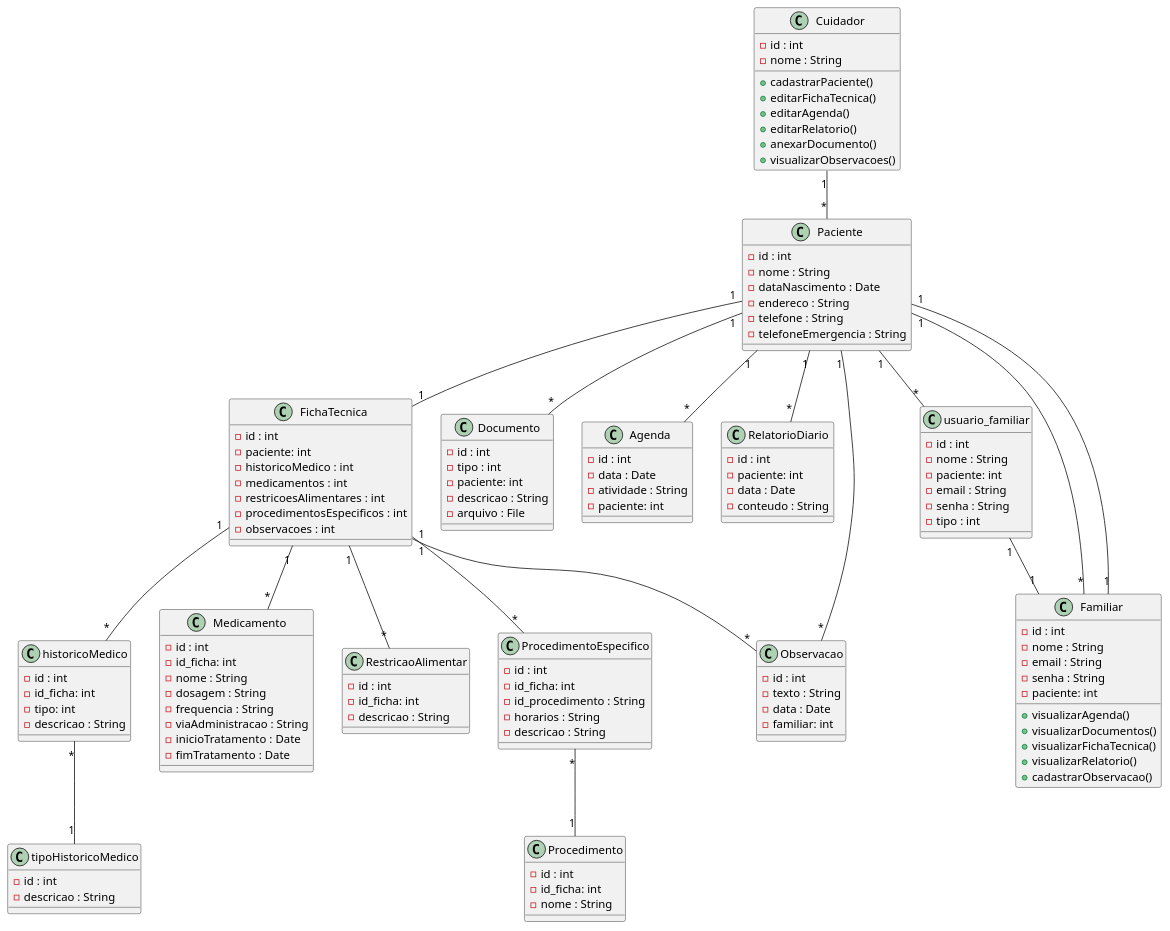
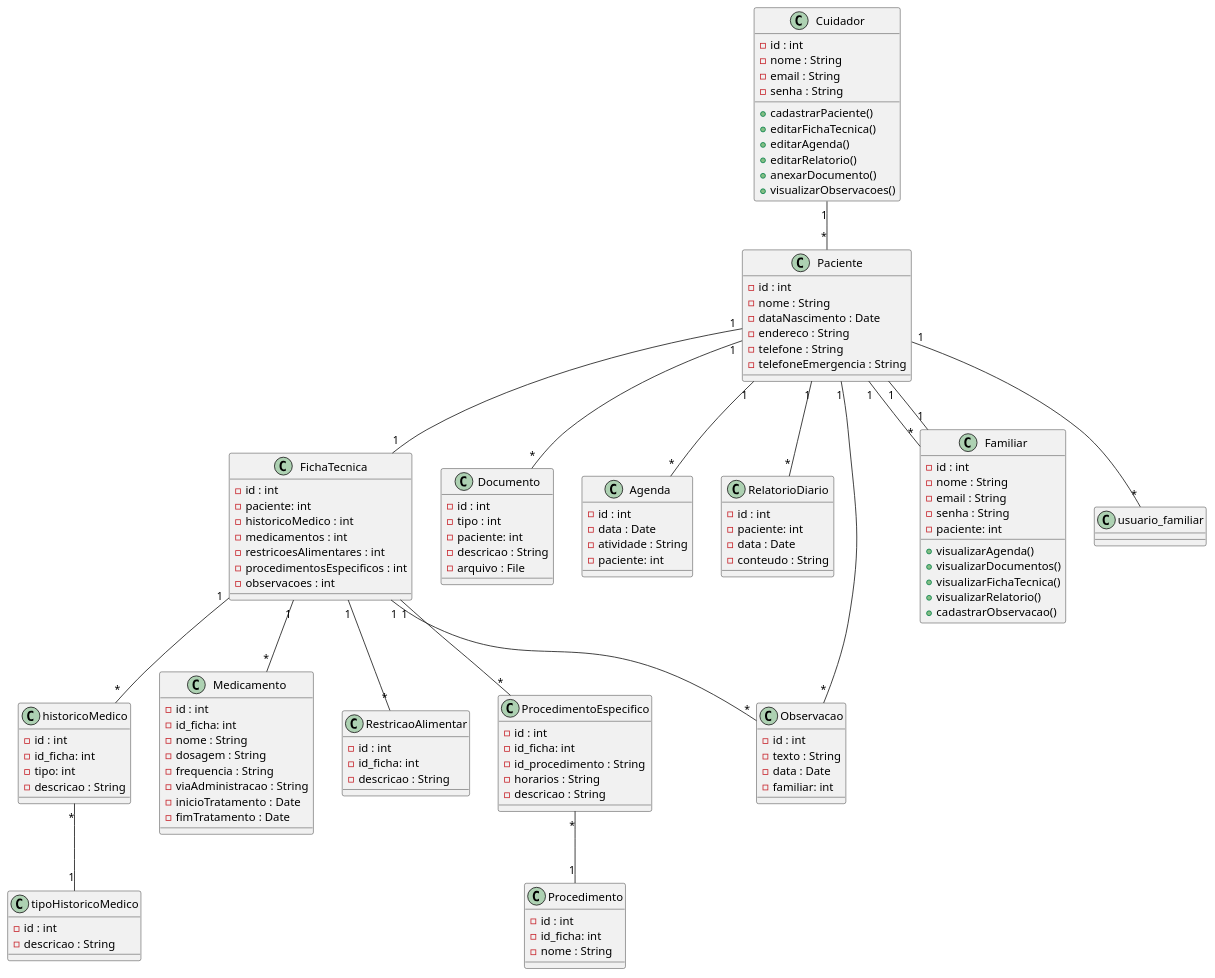
The diagram in diagramaDeClasses.puml (thomGM/lab-desenvolvimento-software-Thomaz), drawn with PlantUML before and after one commit. The commit also changed 1 other file, not shown here.

Commit message:
diagrama do banco de dados

```diff
--- a/diagramaDeClasses.puml
+++ b/diagramaDeClasses.puml
@@ -1,156 +1,147 @@
 @startuml
 class Paciente {
   -id : int
   -nome : String
   -dataNascimento : Date
   -endereco : String
   -telefone : String
   -telefoneEmergencia : String
 }
 
 class FichaTecnica {
   -id : int
   -paciente: int
   -historicoMedico : int
   -medicamentos : int
   -restricoesAlimentares : int
   -procedimentosEspecificos : int
   -observacoes : int
 }
 
   ' Mobilidade: Verificar a capacidade de locomoção. 
   ' Atividades de Vida Diária (AVDs): Avaliar a autonomia para atividades como banho, alimentação, vestir-se e uso do banheiro. 
   ' Atividades Instrumentais de Vida Diária (AIVDs): Avaliar a capacidade de gerir o lar, como fazer compras, usar o telefone, gerenciar finanças. 
   ' Presença de Cuidador: Se sim, especificar a jornada e as funções do cuidador. 
 
 class tipoHistoricoMedico {
   -id : int
   -descricao : String
 }
 
   ' Doenças atuais e pregressas, Cirurgias, Alergias, Histórico familiar
 
 class historicoMedico {
   -id : int
   -id_ficha: int
   -tipo: int
   -descricao : String
 }
 
 class Medicamento {
   -id : int
   -id_ficha: int
   -nome : String
   -dosagem : String
   -frequencia : String
   -viaAdministracao : String
   -inicioTratamento : Date
   -fimTratamento : Date
 }
 
 class RestricaoAlimentar {
   -id : int
   -id_ficha: int
   -descricao : String
 }
 
 class ProcedimentoEspecifico {
   -id : int
   -id_ficha: int
   -id_procedimento : String
   -horarios : String
   -descricao : String
 }
 
 class Procedimento {
   -id : int
   -id_ficha: int
   -nome : String
 }
 
 class Documento {
   -id : int
   -tipo : int
   -paciente: int
   -descricao : String
   -arquivo : File
 }
 
 class Agenda {
   -id : int
   -data : Date
   -atividade : String
   -paciente: int
 }
 
 class RelatorioDiario {
   -id : int
   -paciente: int
   -data : Date
   -conteudo : String
 }
 
 class Observacao {
   -id : int
   -texto : String
   -data : Date
   -familiar: int
 }
 
-class usuario_familiar {
-  -id : int
-  -nome : String
-  -paciente: int
-  -email : String
-  -senha : String
-  -tipo : int
-}
-
 class Cuidador {
   -id : int
   -nome : String
+  -email : String
+  -senha : String
   +cadastrarPaciente()
   +editarFichaTecnica()
   +editarAgenda()
   +editarRelatorio()
   +anexarDocumento()
   +visualizarObservacoes()
 }
 
 class Familiar {
   -id : int
   -nome : String
   -email : String
   -senha : String
   -paciente: int
   +visualizarAgenda()
   +visualizarDocumentos()
   +visualizarFichaTecnica()
   +visualizarRelatorio()
   +cadastrarObservacao()
 }
 
 ' -----------------------------
 ' RELACIONAMENTOS
 ' -----------------------------
 Paciente "1" -- "1" FichaTecnica
 Paciente "1" -- "*" Documento
 Paciente "1" -- "*" Agenda
 Paciente "1" -- "*" RelatorioDiario
 Paciente "1" -- "*" Observacao
 Paciente "1" -- "*" usuario_familiar
 Paciente "1" -- "*" Familiar
 
 FichaTecnica "1" -- "*" historicoMedico
 historicoMedico "*" -- "1" tipoHistoricoMedico
 FichaTecnica "1" -- "*" Medicamento
 FichaTecnica "1" -- "*" RestricaoAlimentar
 FichaTecnica "1" -- "*" ProcedimentoEspecifico
 ProcedimentoEspecifico "*" -- "1" Procedimento
 FichaTecnica "1" -- "*" Observacao
 
-usuario_familiar "1" -- "1" Familiar
-
 Cuidador "1" -- "*" Paciente
 Familiar "1" -- "1" Paciente
 @enduml
```
